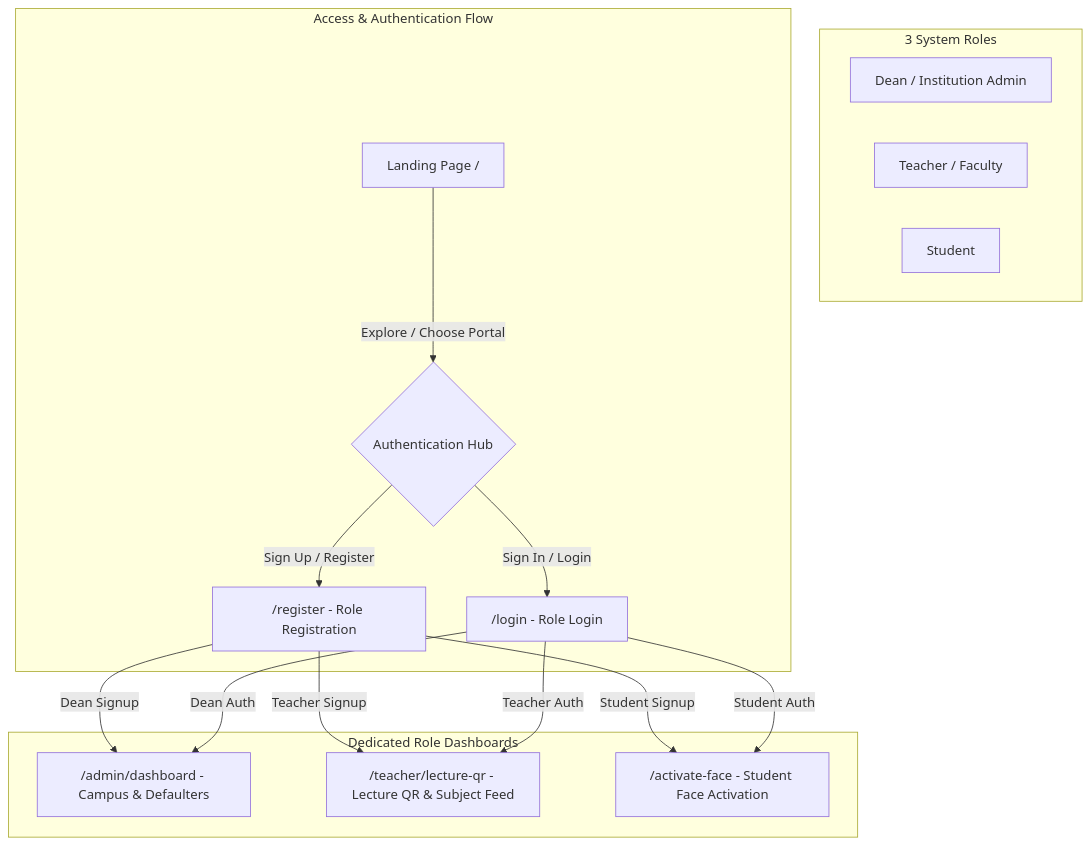
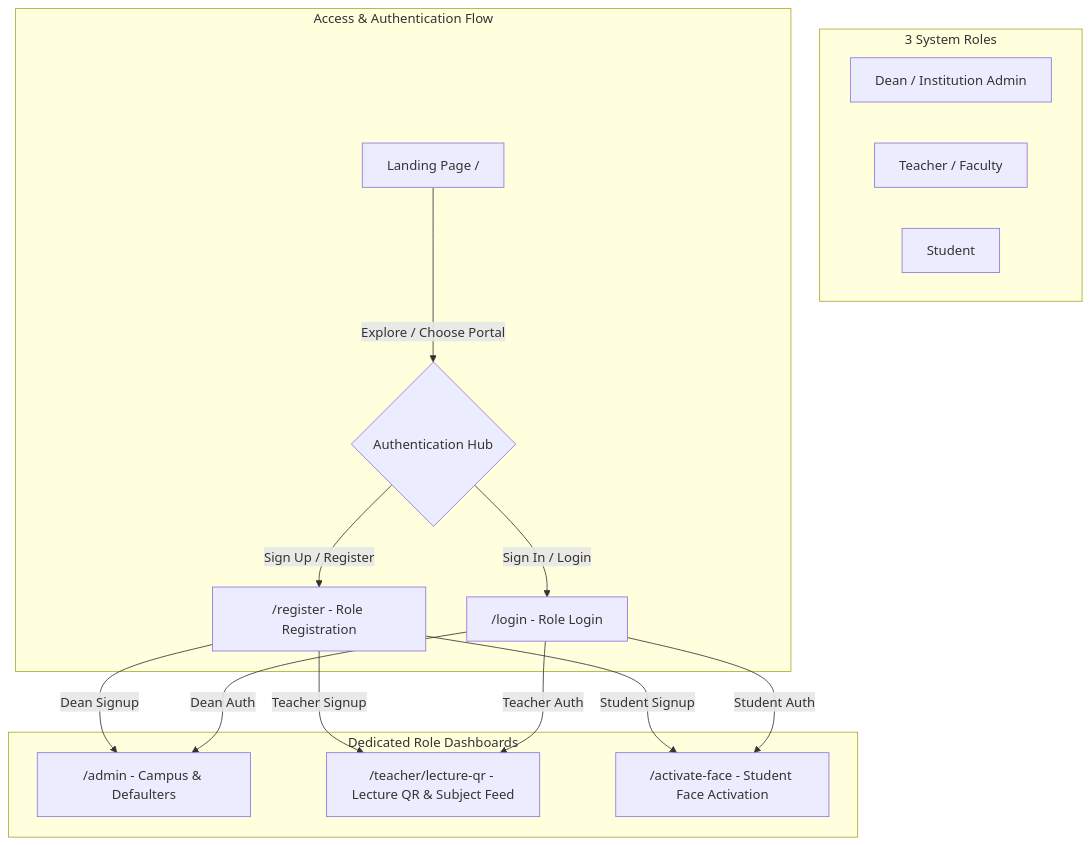
One commit to muhammadashraf23/qr-attendance-system changed the diagram in README.md. Above: the diagram before and after it, drawn with Mermaid. The commit also changed 20 other files, not shown here.

````diff
--- a/README.md
+++ b/README.md
@@ -50,25 +50,25 @@
 ```mermaid
 flowchart TD
     subgraph Roles ["3 System Roles"]
         R1["Dean / Institution Admin"]
         R2["Teacher / Faculty"]
         R3["Student"]
     end
 
     subgraph EntryPoints ["Access & Authentication Flow"]
         LP["Landing Page /"] -->|"Explore / Choose Portal"| AuthHub{"Authentication Hub"}
         
         AuthHub -->|"Sign Up / Register"| RegPortal["/register - Role Registration"]
         AuthHub -->|"Sign In / Login"| LoginPortal["/login - Role Login"]
     end
 
     subgraph Dashboards ["Dedicated Role Dashboards"]
-        RegPortal -->|"Dean Signup"| DeanDash["/admin/dashboard - Campus & Defaulters"]
+        RegPortal -->|"Dean Signup"| DeanDash["/admin - Campus & Defaulters"]
         RegPortal -->|"Teacher Signup"| TeachDash["/teacher/lecture-qr - Lecture QR & Subject Feed"]
         RegPortal -->|"Student Signup"| StudDash["/activate-face - Student Face Activation"]
 
         LoginPortal -->|"Dean Auth"| DeanDash
         LoginPortal -->|"Teacher Auth"| TeachDash
         LoginPortal -->|"Student Auth"| StudDash
     end
 ```
````
